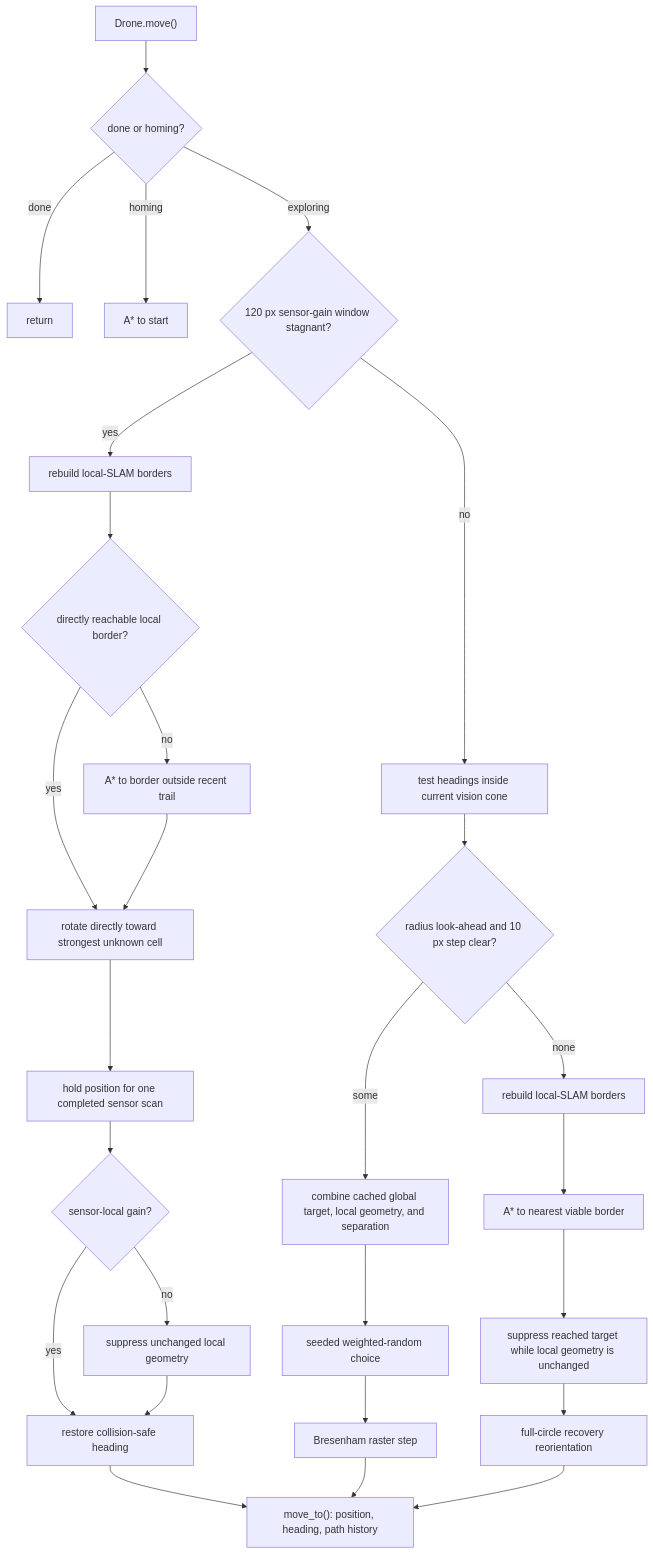
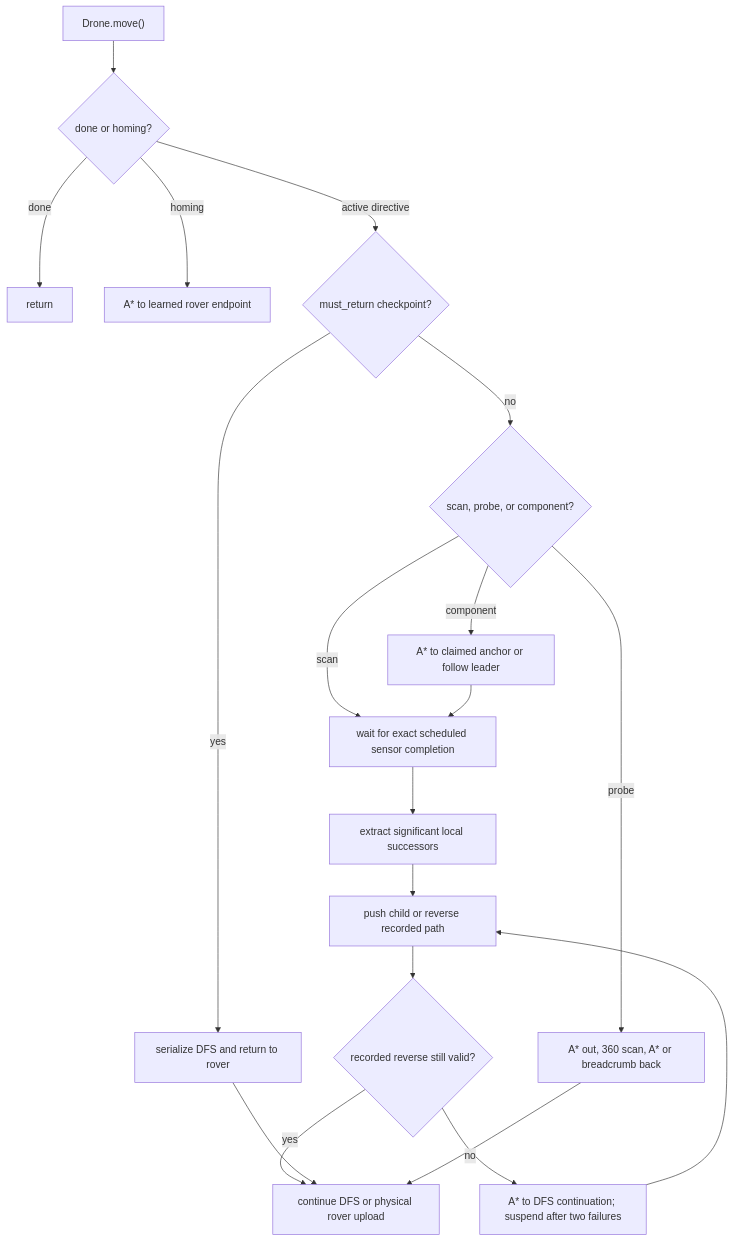
The second of 2 diagrams in docs/CODEFLOW.md (Gmark117/Cave_Game), drawn with Mermaid before and after one commit. The commit also changed other lines of this file and 55 other files, not shown here.

````diff
--- a/docs/CODEFLOW.md
+++ b/docs/CODEFLOW.md
@@ -58,29 +67,21 @@
 ```mermaid
 flowchart TD
     Tick["Drone.move()"] --> State{"done or homing?"}
     State -->|done| Stop["return"]
-    State -->|homing| Home["A* to start"]
-    State -->|exploring| Gain{"120 px sensor-gain window stagnant?"}
-    Gain -->|no| Headings["test headings inside current vision cone"]
-    Gain -->|yes| Refresh["rebuild local-SLAM borders"]
-    Refresh --> Local{"directly reachable local border?"}
-    Local -->|yes| WallScan["rotate directly toward strongest unknown cell"]
-    Local -->|no| TrailRoute["A* to border outside recent trail"]
-    TrailRoute --> WallScan
-    WallScan --> WaitScan["hold position for one completed sensor scan"]
-    WaitScan --> ScanGain{"sensor-local gain?"}
-    ScanGain -->|yes| SafeTurn["restore collision-safe heading"]
-    ScanGain -->|no| ScanSuppress["suppress unchanged local geometry"]
-    ScanSuppress --> SafeTurn
-    SafeTurn --> History
-    Headings --> Open{"radius look-ahead and 10 px step clear?"}
-    Open -->|some| Bias["combine cached global target, local geometry, and separation"]
-    Bias --> Choose["seeded weighted-random choice"]
-    Choose --> Direct["Bresenham raster step"]
-    Direct --> History["move_to(): position, heading, path history"]
-    Open -->|none| Borders["rebuild local-SLAM borders"]
-    Borders --> Route["A* to nearest viable border"]
-    Route --> Suppress["suppress reached target while local geometry is unchanged"]
-    Suppress --> Turn["full-circle recovery reorientation"]
-    Turn --> History
+    State -->|homing| Home["A* to learned rover endpoint"]
+    State -->|active directive| Energy{"must_return checkpoint?"}
+    Energy -->|yes| Suspend["serialize DFS and return to rover"]
+    Energy -->|no| Kind{"scan, probe, or component?"}
+    Kind -->|scan| WaitScan["wait for exact scheduled sensor completion"]
+    Kind -->|probe| Probe["A* out, 360 scan, A* or breadcrumb back"]
+    Kind -->|component| Route["A* to claimed anchor or follow leader"]
+    Route --> WaitScan
+    WaitScan --> Successors["extract significant local successors"]
+    Successors --> DFS["push child or reverse recorded path"]
+    DFS --> Recover{"recorded reverse still valid?"}
+    Recover -->|no| Replan["A* to DFS continuation; suspend after two failures"]
+    Replan --> DFS
+    Recover -->|yes| CheckIn["continue DFS or physical rover upload"]
+    Suspend --> CheckIn
+    Probe --> CheckIn
 ```
````
